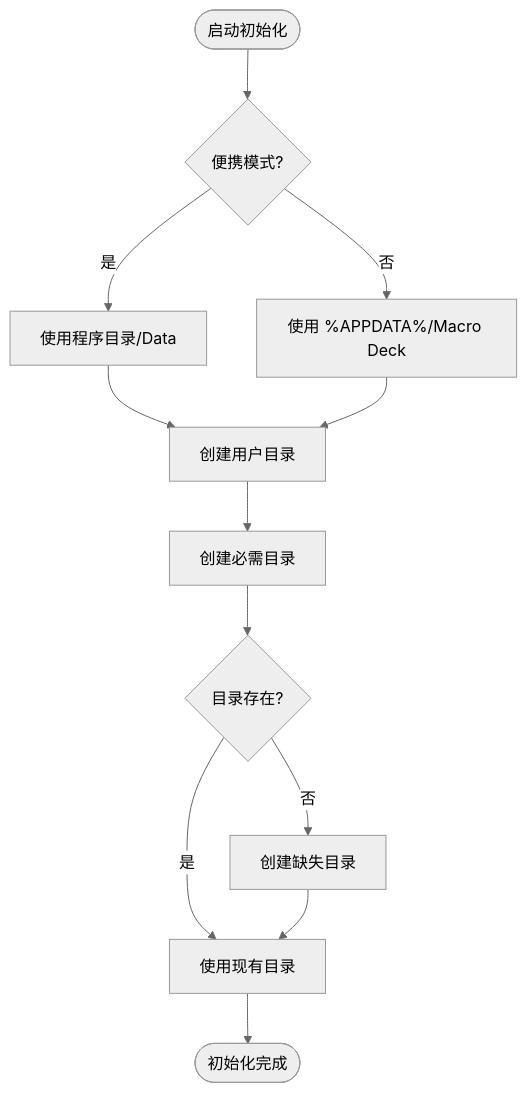
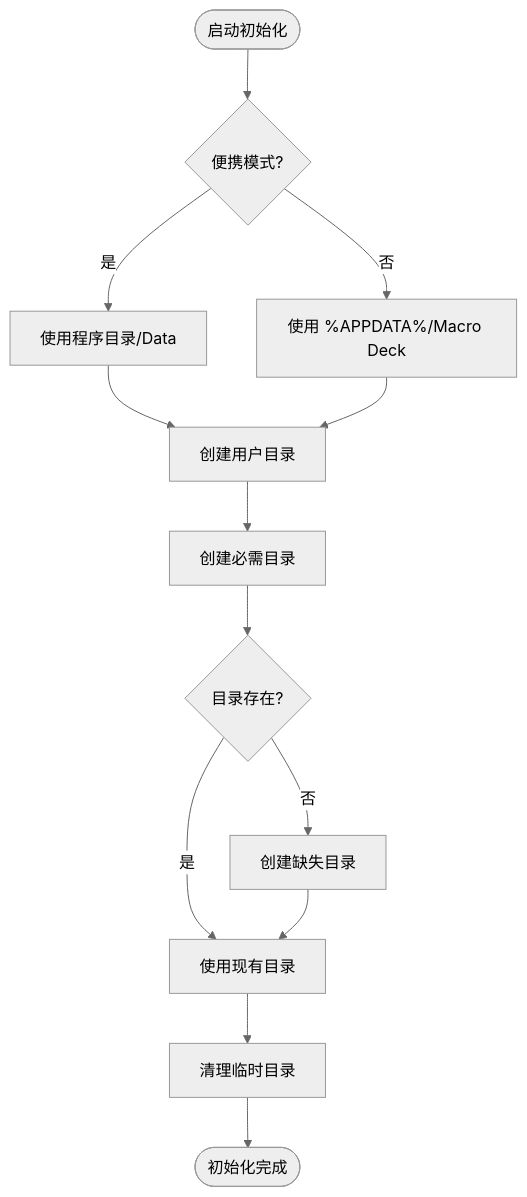
The fourth of 9 diagrams in .qoder/repowiki/zh/content/配置管理系统/启动配置管理.md (tea4go/Macro-Deck), drawn with Mermaid (neutral theme) before and after one commit. The commit also changed other lines of this file and 5 other files, not shown here.

````diff
--- a/.qoder/repowiki/zh/content/配置管理系统/启动配置管理.md
+++ b/.qoder/repowiki/zh/content/配置管理系统/启动配置管理.md
@@ -179,14 +199,15 @@
 ```mermaid
 flowchart TD
 Start([启动初始化]) --> CheckPortable{"便携模式?"}
 CheckPortable --> |是| PortablePath["使用程序目录/Data"]
 CheckPortable --> |否| StandardPath["使用 %APPDATA%/Macro Deck"]
 PortablePath --> CreateUserDir["创建用户目录"]
 StandardPath --> CreateUserDir
 CreateUserDir --> CreateDirs["创建必需目录"]
 CreateDirs --> CheckExists{"目录存在?"}
 CheckExists --> |是| UseExisting["使用现有目录"]
 CheckExists --> |否| CreateMissing["创建缺失目录"]
 CreateMissing --> UseExisting
-UseExisting --> End([初始化完成])
+UseExisting --> CleanTemp["清理临时目录"]
+CleanTemp --> End([初始化完成])
 ```
````
